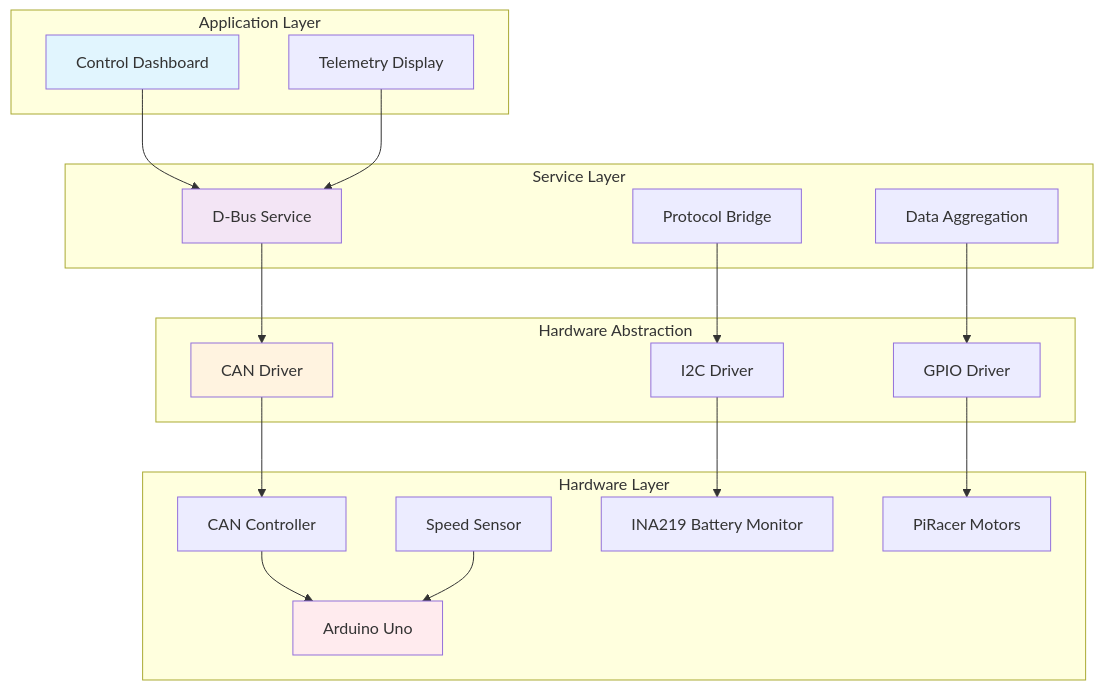
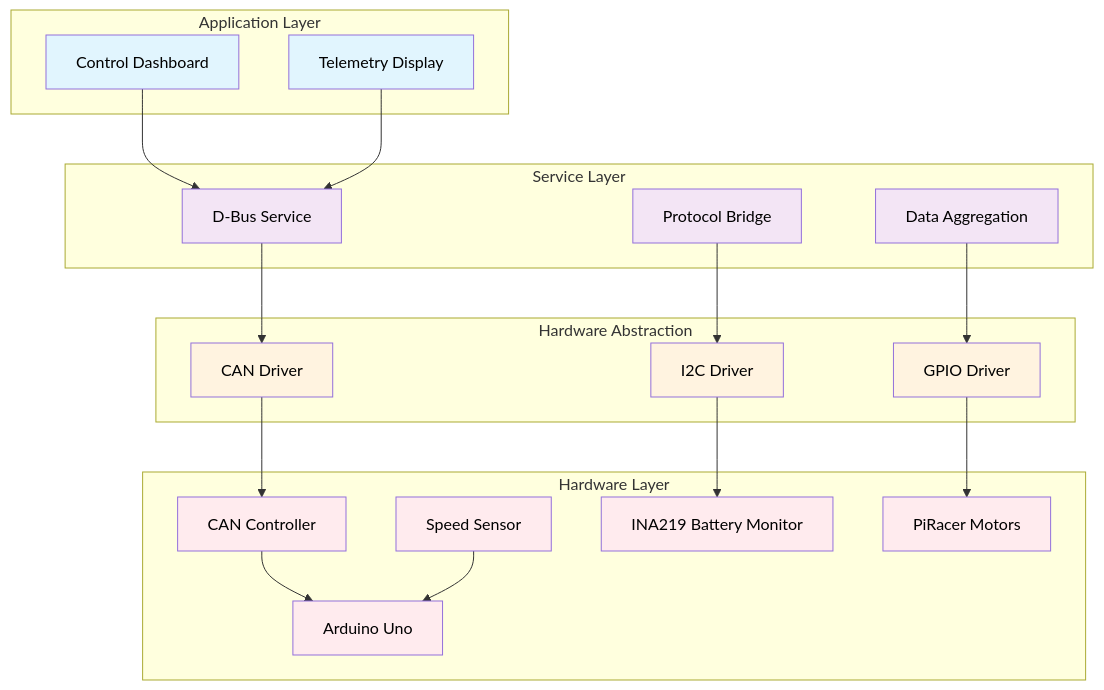
The seventh of 7 diagrams in README.md (saicharansathyam/Instrument-Cluster), drawn with Mermaid before and after one commit. The commit also changed other lines of this file, not shown here.

````diff
--- a/README.md
+++ b/README.md
@@ -149,43 +158,52 @@
 ```mermaid
 graph TB
     subgraph "Application Layer"
         A1[Control Dashboard]
         A2[Telemetry Display]
     end
     
     subgraph "Service Layer"
         B1[D-Bus Service]
         B2[Protocol Bridge]
         B3[Data Aggregation]
     end
     
     subgraph "Hardware Abstraction"
         C1[CAN Driver]
         C2[I2C Driver]
         C3[GPIO Driver]
     end
     
     subgraph "Hardware Layer"
         D1[Arduino Uno]
         D2[CAN Controller]
         D3[Speed Sensor]
         D4[INA219 Battery Monitor]
         D5[PiRacer Motors]
     end
     
     A1 --> B1
     A2 --> B1
     B1 --> C1
     B2 --> C2
     B3 --> C3
     C1 --> D2
     C2 --> D4
     C3 --> D5
     D2 --> D1
     D3 --> D1
     
-    style A1 fill:#e1f5fe
-    style B1 fill:#f3e5f5
-    style C1 fill:#fff3e0
-    style D1 fill:#ffebee
+    style A1 fill:#e1f5fe,color:#000
+    style A2 fill:#e1f5fe,color:#000
+    style B1 fill:#f3e5f5,color:#000
+    style B2 fill:#f3e5f5,color:#000
+    style B3 fill:#f3e5f5,color:#000
+    style C1 fill:#fff3e0,color:#000
+    style C2 fill:#fff3e0,color:#000
+    style C3 fill:#fff3e0,color:#000
+    style D1 fill:#ffebee,color:#000
+    style D2 fill:#ffebee,color:#000
+    style D3 fill:#ffebee,color:#000
+    style D4 fill:#ffebee,color:#000
+    style D5 fill:#ffebee,color:#000
 ```
````
